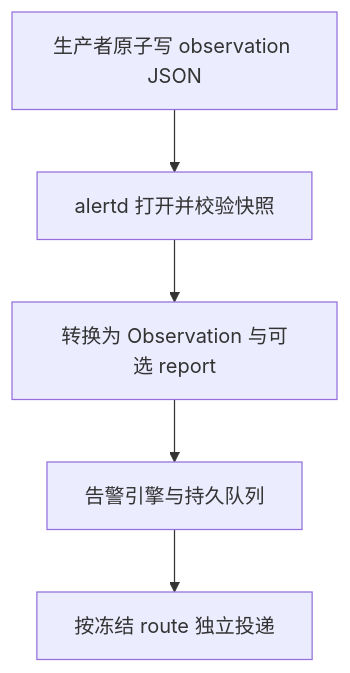
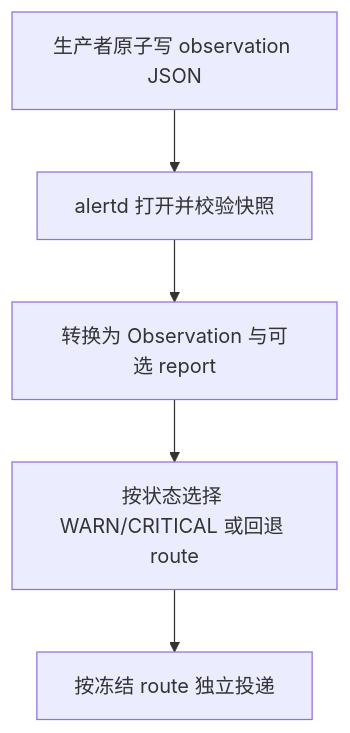
The diagram in docs/behavior-contracts/external-observation-routing.md (sqfzy/alertd), drawn with Mermaid before and after one commit. The commit also changed other lines of this file and 7 other files, not shown here.

````diff
--- a/docs/behavior-contracts/external-observation-routing.md
+++ b/docs/behavior-contracts/external-observation-routing.md
@@ -28,7 +30,7 @@
 ```mermaid
 flowchart TD
     S1[生产者原子写 observation JSON] --> S2[alertd 打开并校验快照]
     S2 --> S3[转换为 Observation 与可选 report]
-    S3 --> S4[告警引擎与持久队列]
+    S3 --> S4[按状态选择 WARN/CRITICAL 或回退 route]
     S4 --> S5[按冻结 route 独立投递]
 ```
````
